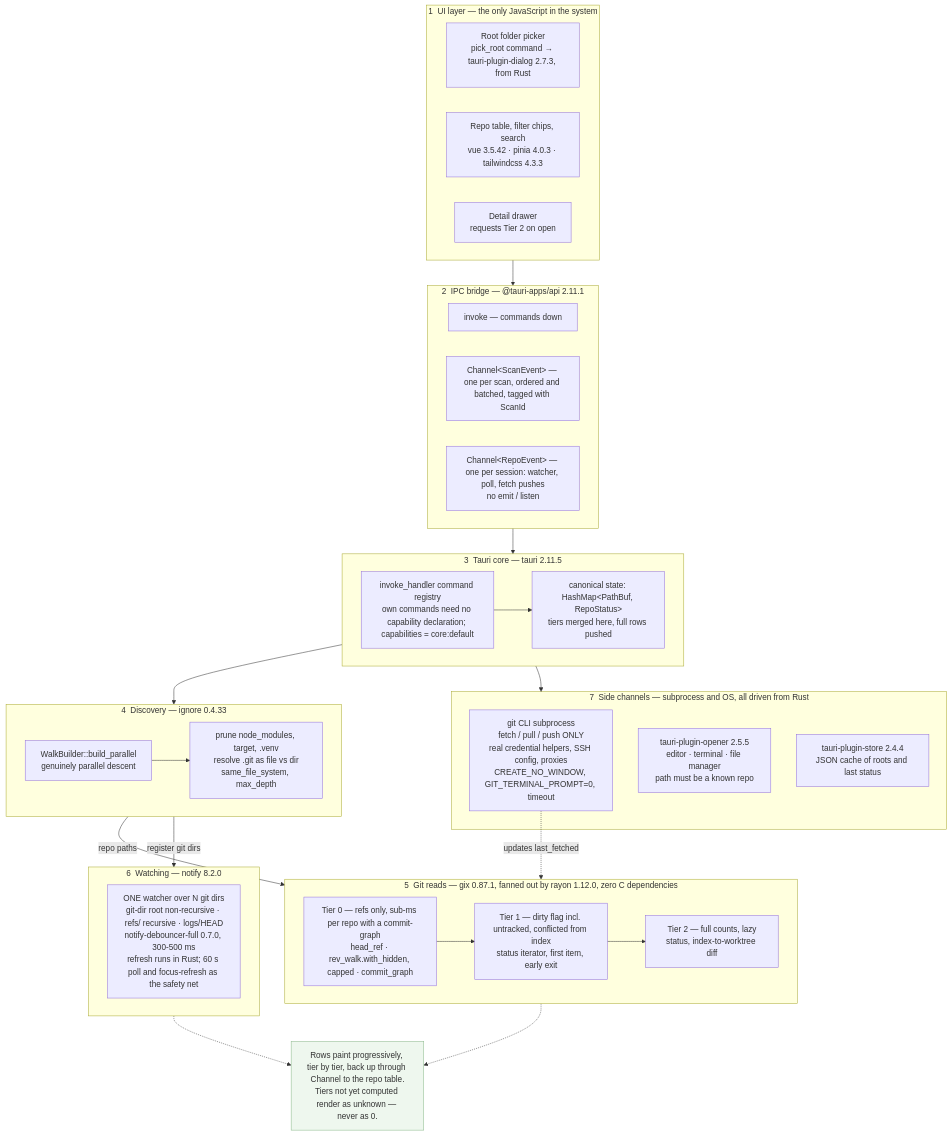
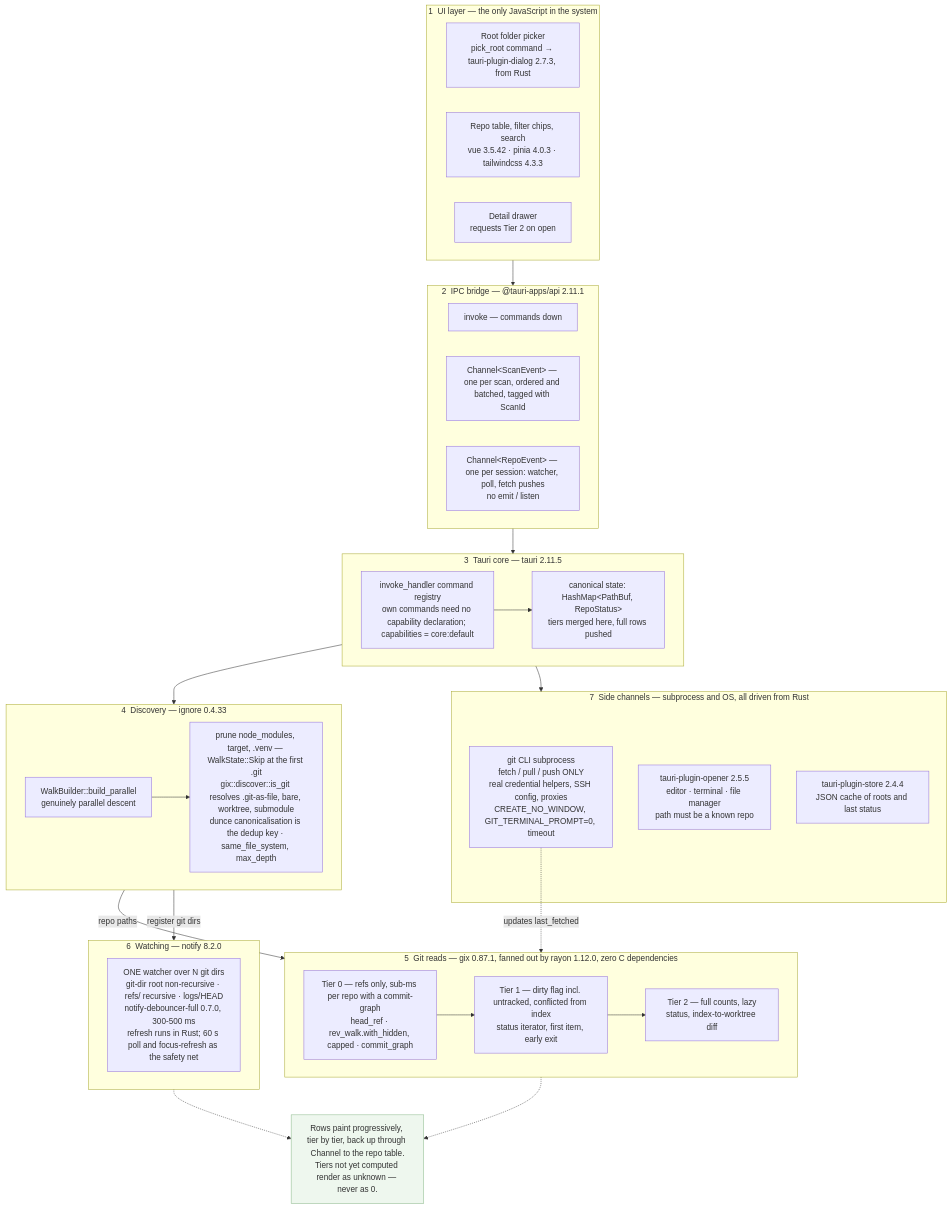
Before and after one commit to b-meyer/repo-viewer: the diagram in README.md, drawn with Mermaid. The commit also changed other lines of this file and 16 other files, not shown here.

````diff
--- a/README.md
+++ b/README.md
@@ -25,58 +27,58 @@
 ```mermaid
 flowchart TB
     subgraph L1["1 &nbsp;UI layer &mdash; the only JavaScript in the system"]
         L1A["Root folder picker<br/>pick_root command &rarr; tauri-plugin-dialog 2.7.3, from Rust"]
         L1B["Repo table, filter chips, search<br/>vue 3.5.42 &middot; pinia 4.0.3 &middot; tailwindcss 4.3.3"]
         L1C["Detail drawer<br/>requests Tier 2 on open"]
     end
 
     subgraph L2["2 &nbsp;IPC bridge &mdash; @tauri-apps/api 2.11.1"]
         L2A["invoke &mdash; commands down"]
         L2B["Channel&lt;ScanEvent&gt; &mdash; one per scan, ordered and batched, tagged with ScanId"]
         L2C["Channel&lt;RepoEvent&gt; &mdash; one per session: watcher, poll, fetch pushes<br/>no emit / listen"]
     end
 
     subgraph L3["3 &nbsp;Tauri core &mdash; tauri 2.11.5"]
         L3A["invoke_handler command registry<br/>own commands need no capability declaration; capabilities = core:default"]
         L3B["canonical state: HashMap&lt;PathBuf, RepoStatus&gt;<br/>tiers merged here, full rows pushed"]
     end
 
     subgraph L4["4 &nbsp;Discovery &mdash; ignore 0.4.33"]
         L4A["WalkBuilder::build_parallel<br/>genuinely parallel descent"]
-        L4B["prune node_modules, target, .venv<br/>resolve .git as file vs dir<br/>same_file_system, max_depth"]
+        L4B["prune node_modules, target, .venv &mdash; WalkState::Skip at the first .git<br/>gix::discover::is_git resolves .git-as-file, bare, worktree, submodule<br/>dunce canonicalisation is the dedup key &middot; same_file_system, max_depth"]
     end
 
     subgraph L5["5 &nbsp;Git reads &mdash; gix 0.87.1, fanned out by rayon 1.12.0, zero C dependencies"]
         L5A["Tier 0 &mdash; refs only, sub-ms per repo with a commit-graph<br/>head_ref &middot; rev_walk.with_hidden, capped &middot; commit_graph"]
         L5B["Tier 1 &mdash; dirty flag incl. untracked, conflicted from index<br/>status iterator, first item, early exit"]
         L5C["Tier 2 &mdash; full counts, lazy<br/>status, index-to-worktree diff"]
     end
 
     subgraph L6["6 &nbsp;Watching &mdash; notify 8.2.0"]
         L6A["ONE watcher over N git dirs<br/>git-dir root non-recursive &middot; refs/ recursive &middot; logs/HEAD<br/>notify-debouncer-full 0.7.0, 300-500 ms<br/>refresh runs in Rust; 60 s poll and focus-refresh as the safety net"]
     end
 
     subgraph L7["7 &nbsp;Side channels &mdash; subprocess and OS, all driven from Rust"]
         L7A["git CLI subprocess<br/>fetch / pull / push ONLY<br/>real credential helpers, SSH config, proxies<br/>CREATE_NO_WINDOW, GIT_TERMINAL_PROMPT=0, timeout"]
         L7B["tauri-plugin-opener 2.5.5<br/>editor &middot; terminal &middot; file manager<br/>path must be a known repo"]
         L7C["tauri-plugin-store 2.4.4<br/>JSON cache of roots and last status"]
     end
 
     OUT["Rows paint progressively, tier by tier, back up through Channel to the repo table.<br/>Tiers not yet computed render as unknown &mdash; never as 0."]
 
     L1 --> L2
     L2 --> L3
     L3A --> L3B
     L3 --> L4
     L3 --> L7
     L4A --> L4B
     L4 -->|"repo paths"| L5
     L4 -->|"register git dirs"| L6
     L5A --> L5B
     L5B --> L5C
     L5 -.-> OUT
     L6 -.-> OUT
     L7A -.->|"updates last_fetched"| L5
 
     style OUT fill:#eef7ee,stroke:#8bb88b
 ```
````
